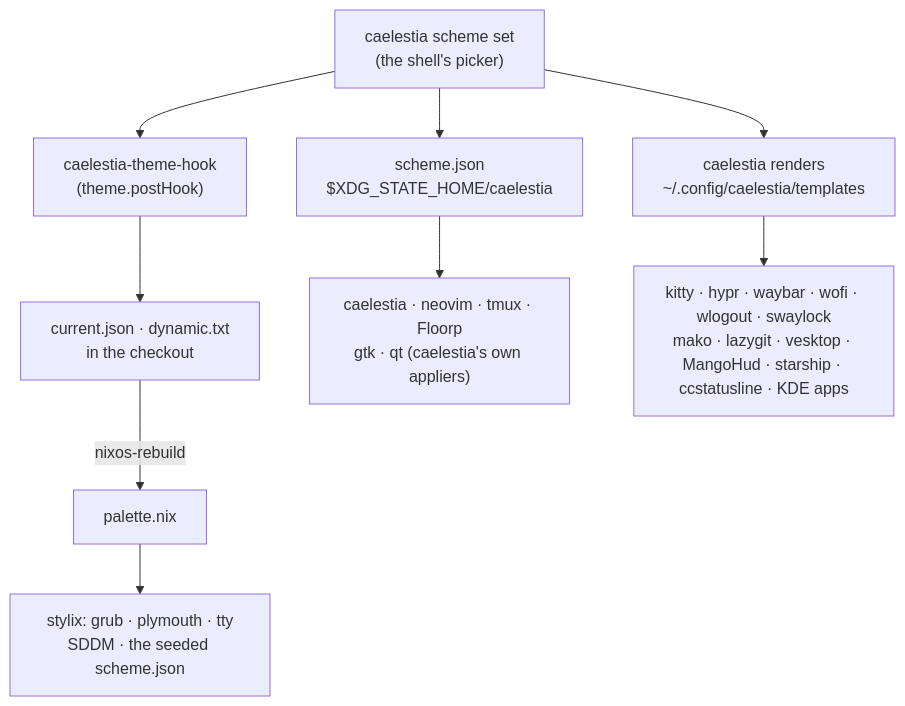
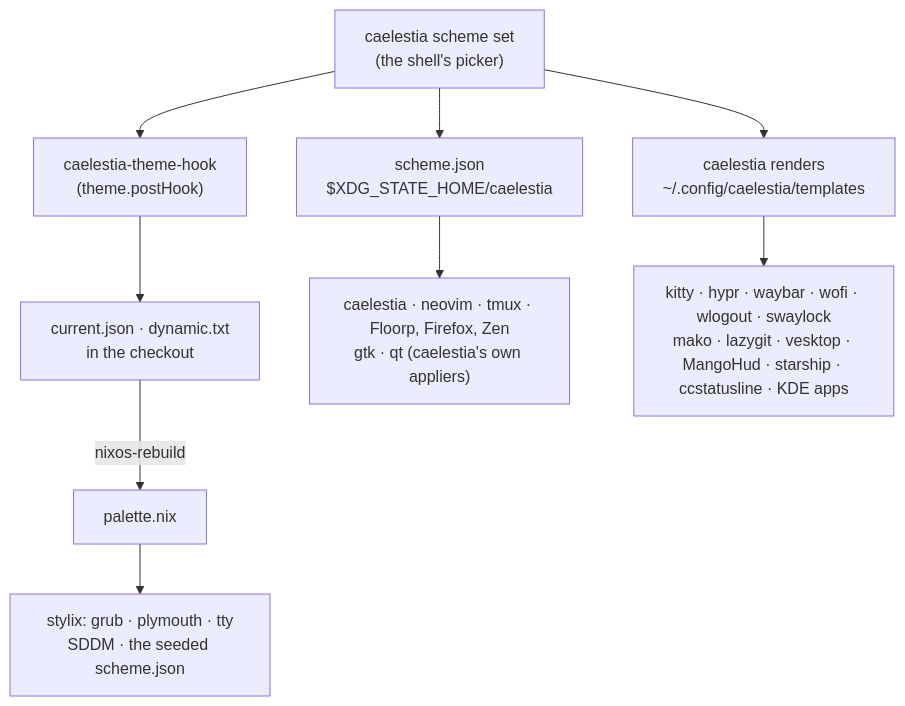
Before and after one commit to 1Git2Clone/nixos-dotfiles: the diagram in docs/src/architecture/colours.md, drawn with Mermaid. The commit also changed other lines of this file and 3 other files, not shown here.

First line of the commit message:
feat(home): install Firefox and Zen beside Floorp

````diff
--- a/docs/src/architecture/colours.md
+++ b/docs/src/architecture/colours.md
@@ -8,19 +8,19 @@
 ```mermaid
 flowchart TB
     pick["caelestia scheme set<br/>(the shell's picker)"]
     state["scheme.json<br/>$XDG_STATE_HOME/caelestia"]
     render["caelestia renders<br/>~/.config/caelestia/templates"]
     hook["caelestia-theme-hook<br/>(theme.postHook)"]
     repo["current.json · dynamic.txt<br/>in the checkout"]
     palette["palette.nix"]
 
     pick --> state
     pick --> render
     pick --> hook
     hook --> repo
     repo -->|nixos-rebuild| palette
 
-    state --> l_apps["caelestia · neovim · tmux · Floorp<br/>gtk · qt (caelestia's own appliers)"]
+    state --> l_apps["caelestia · neovim · tmux · Floorp, Firefox, Zen<br/>gtk · qt (caelestia's own appliers)"]
     render --> t_apps["kitty · hypr · waybar · wofi · wlogout · swaylock<br/>mako · lazygit · vesktop · MangoHud · starship · ccstatusline · KDE apps"]
     palette --> b_apps["stylix: grub · plymouth · tty<br/>SDDM · the seeded scheme.json"]
 ```
````
